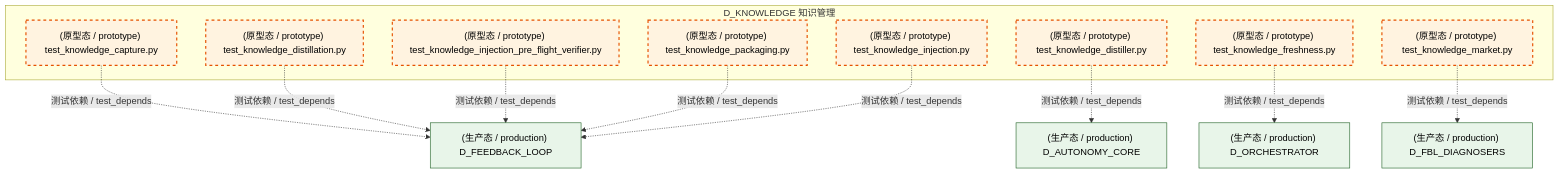
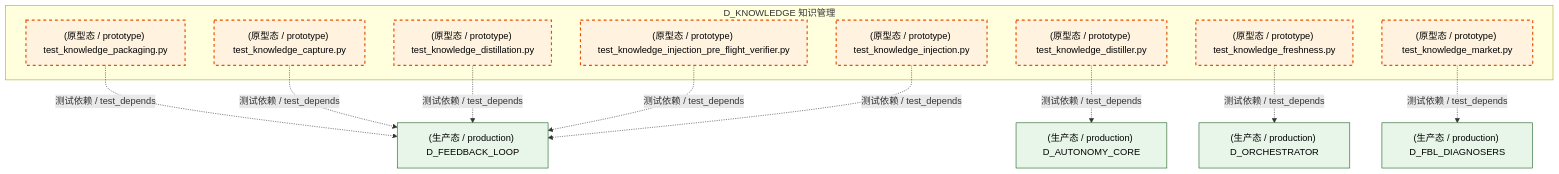
The second of 5 diagrams in docs/02_enterprise_architecture/02_domain_architecture_docs/48_d_knowledge.md (xuanFelixVan/ZephyrAlpha), drawn with Mermaid before and after one commit. The commit also changed other lines of this file and 126 other files, not shown here.

````diff
--- a/docs/02_enterprise_architecture/02_domain_architecture_docs/48_d_knowledge.md
+++ b/docs/02_enterprise_architecture/02_domain_architecture_docs/48_d_knowledge.md
@@ -174,31 +173,31 @@
 ```mermaid
 graph TD
     subgraph D_KNOWLEDGE["D_KNOWLEDGE 知识管理"]
         tests_knowledge_engine_test_knowledge_capture_py["(原型态 / prototype) test_knowledge_capture.py"]
         tests_knowledge_engine_test_knowledge_distillation_py["(原型态 / prototype) test_knowledge_distillation.py"]
         tests_knowledge_engine_test_knowledge_distiller_py["(原型态 / prototype) test_knowledge_distiller.py"]
         tests_knowledge_engine_test_knowledge_freshness_py["(原型态 / prototype) test_knowledge_freshness.py"]
         tests_knowledge_engine_test_knowledge_injection_py["(原型态 / prototype) test_knowledge_injection.py"]
         tests_knowledge_engine_test_knowledge_injection_pre_flight_verifier_py["(原型态 / prototype) test_knowledge_injection_pre_flight_verifier.py"]
         tests_knowledge_engine_test_knowledge_market_py["(原型态 / prototype) test_knowledge_market.py"]
         tests_knowledge_engine_test_knowledge_packaging_py["(原型态 / prototype) test_knowledge_packaging.py"]
     end
+    D_FEEDBACK_LOOP["(生产态 / production) D_FEEDBACK_LOOP"]
+    tests_knowledge_engine_test_knowledge_packaging_py -.->|测试依赖 / test_depends| D_FEEDBACK_LOOP
     D_AUTONOMY_CORE["(生产态 / production) D_AUTONOMY_CORE"]
     tests_knowledge_engine_test_knowledge_distiller_py -.->|测试依赖 / test_depends| D_AUTONOMY_CORE
-    D_FEEDBACK_LOOP["(生产态 / production) D_FEEDBACK_LOOP"]
     tests_knowledge_engine_test_knowledge_capture_py -.->|测试依赖 / test_depends| D_FEEDBACK_LOOP
     tests_knowledge_engine_test_knowledge_distillation_py -.->|测试依赖 / test_depends| D_FEEDBACK_LOOP
     D_FBL_DIAGNOSERS["(生产态 / production) D_FBL_DIAGNOSERS"]
     tests_knowledge_engine_test_knowledge_market_py -.->|测试依赖 / test_depends| D_FBL_DIAGNOSERS
     tests_knowledge_engine_test_knowledge_injection_pre_flight_verifier_py -.->|测试依赖 / test_depends| D_FEEDBACK_LOOP
-    tests_knowledge_engine_test_knowledge_packaging_py -.->|测试依赖 / test_depends| D_FEEDBACK_LOOP
     tests_knowledge_engine_test_knowledge_injection_py -.->|测试依赖 / test_depends| D_FEEDBACK_LOOP
     D_ORCHESTRATOR["(生产态 / production) D_ORCHESTRATOR"]
     tests_knowledge_engine_test_knowledge_freshness_py -.->|测试依赖 / test_depends| D_ORCHESTRATOR
     classDef production fill:#e1f5fe,stroke:#01579b,stroke-width:2px,color:#000
     classDef design fill:#fff3e0,stroke:#e65100,stroke-width:2px,color:#000,stroke-dasharray: 5 5
     classDef external_prod fill:#e8f5e9,stroke:#1b5e20,stroke-width:1px,color:#000
     classDef external_design fill:#fce4ec,stroke:#880e4f,stroke-width:1px,color:#000,stroke-dasharray: 5 5
     class tests_knowledge_engine_test_knowledge_capture_py,tests_knowledge_engine_test_knowledge_distillation_py,tests_knowledge_engine_test_knowledge_distiller_py,tests_knowledge_engine_test_knowledge_freshness_py,tests_knowledge_engine_test_knowledge_injection_py,tests_knowledge_engine_test_knowledge_injection_pre_flight_verifier_py,tests_knowledge_engine_test_knowledge_market_py,tests_knowledge_engine_test_knowledge_packaging_py design
-    class D_AUTONOMY_CORE,D_FEEDBACK_LOOP,D_FBL_DIAGNOSERS,D_ORCHESTRATOR external_prod
+    class D_FEEDBACK_LOOP,D_AUTONOMY_CORE,D_FBL_DIAGNOSERS,D_ORCHESTRATOR external_prod
 ```
````
